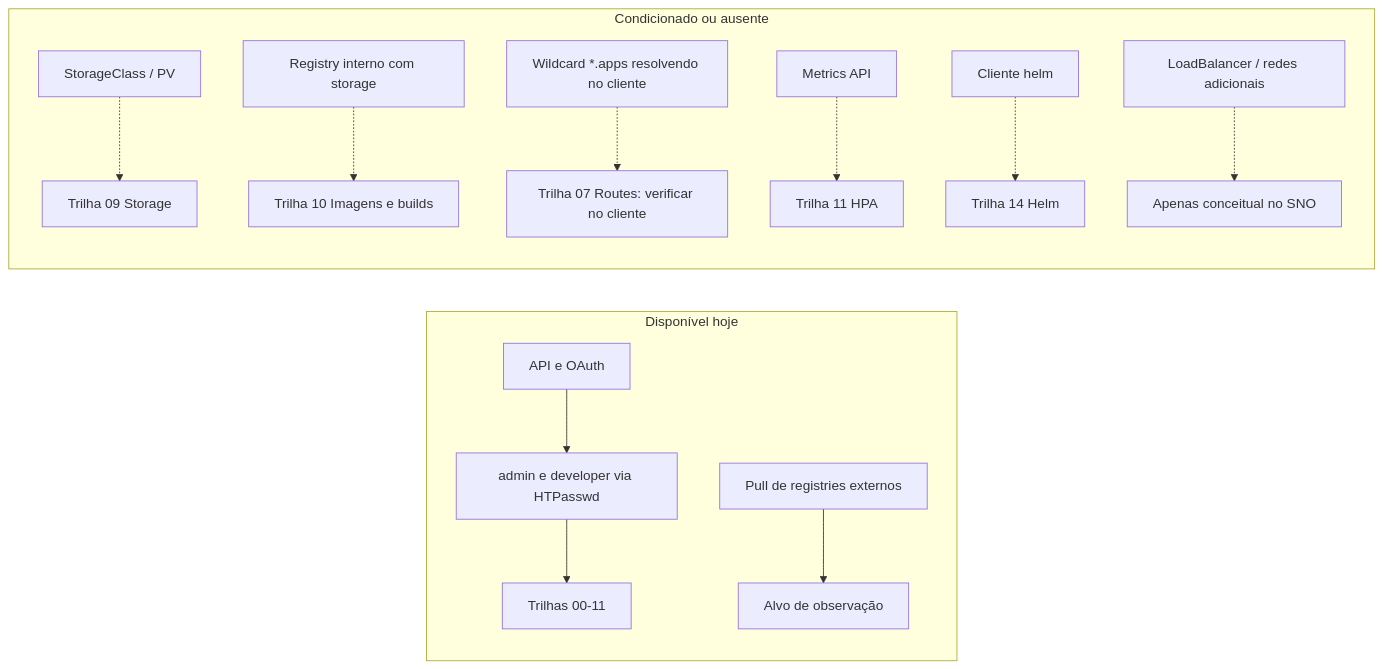
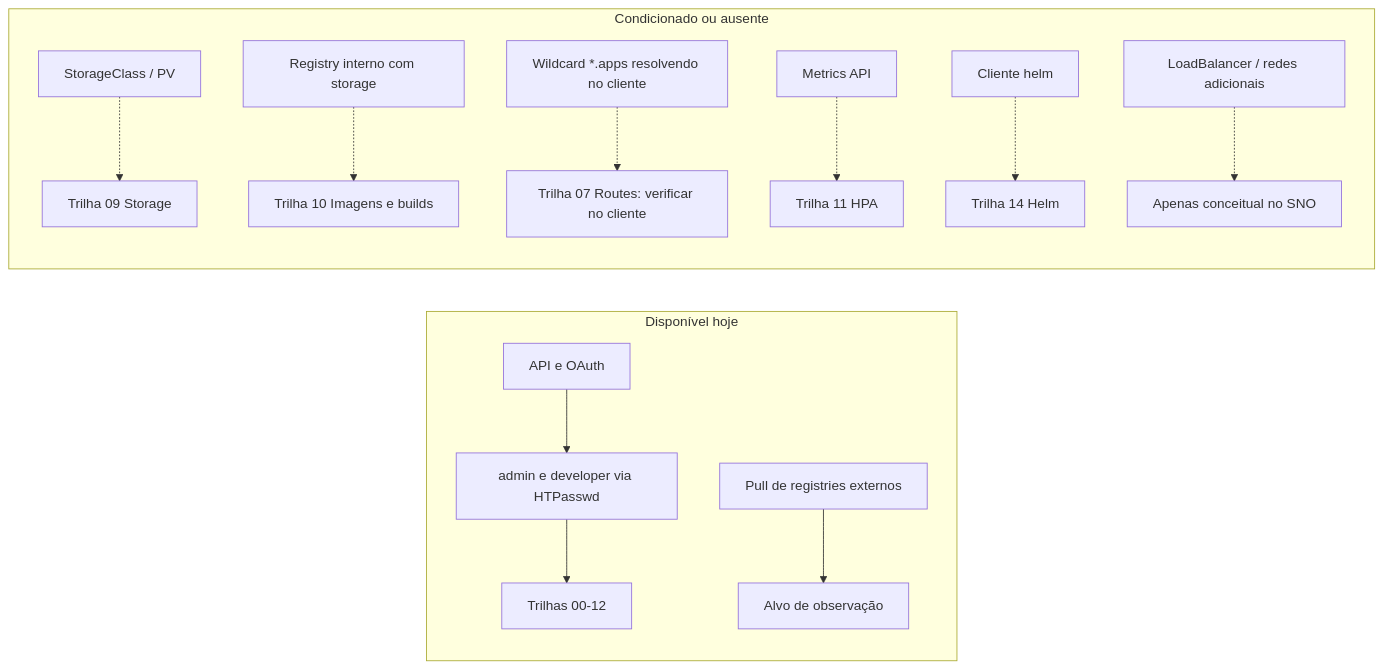
One commit to eduardoandradej/academia-comandos-openshift changed the diagram in catalogo/matriz-competencias.md. Above: the diagram before and after it, drawn with Mermaid. The commit also changed other lines of this file and 52 other files, not shown here.

````diff
--- a/catalogo/matriz-competencias.md
+++ b/catalogo/matriz-competencias.md
@@ -51,16 +52,16 @@
 ```mermaid
 flowchart LR
   subgraph disponivel[Disponível hoje]
     API[API e OAuth] --> ID[admin e developer via HTPasswd]
-    ID --> T00[Trilhas 00-11]
+    ID --> T00[Trilhas 00-12]
     IMG[Pull de registries externos] --> T02[Alvo de observação]
   end
   subgraph condicionado[Condicionado ou ausente]
     SC[StorageClass / PV] -.-> T09[Trilha 09 Storage]
     REG[Registry interno com storage] -.-> T10[Trilha 10 Imagens e builds]
     DNS[Wildcard *.apps resolvendo no cliente] -.-> T07[Trilha 07 Routes: verificar no cliente]
     MET[Metrics API] -.-> T11[Trilha 11 HPA]
     HELM[Cliente helm] -.-> T14[Trilha 14 Helm]
     LB[LoadBalancer / redes adicionais] -.-> X[Apenas conceitual no SNO]
   end
 ```
````
